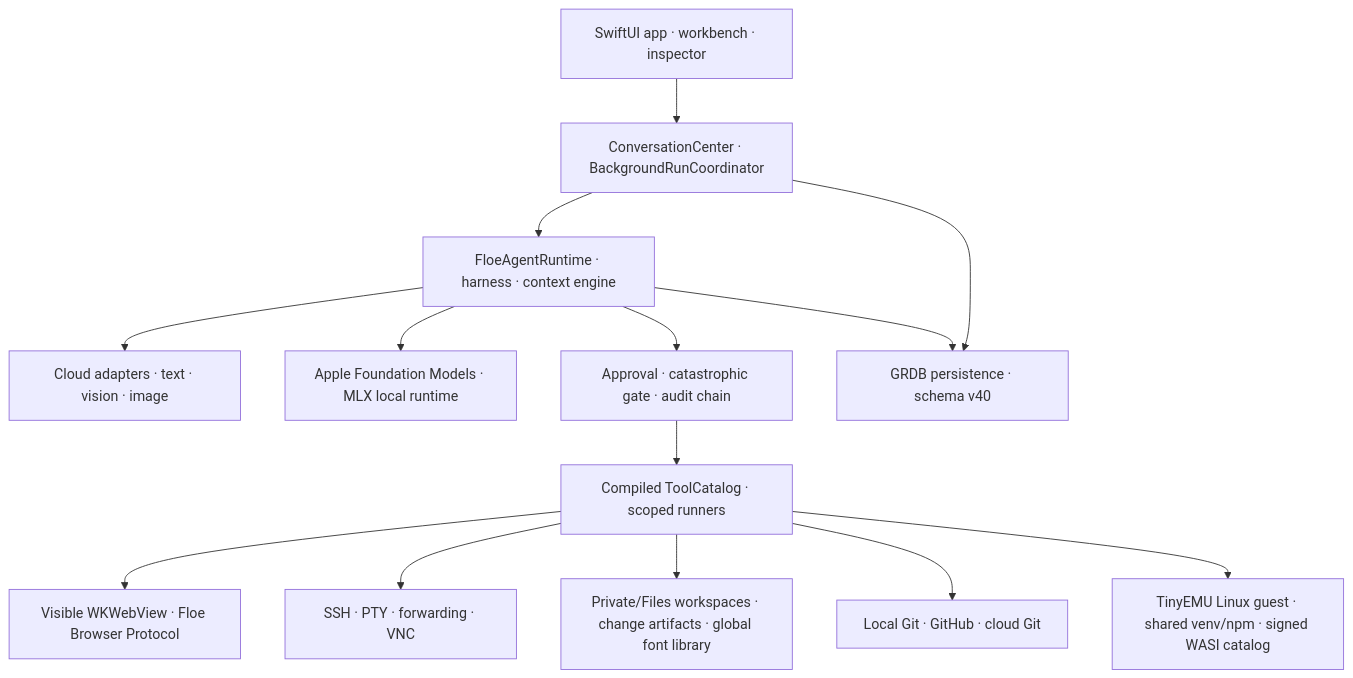
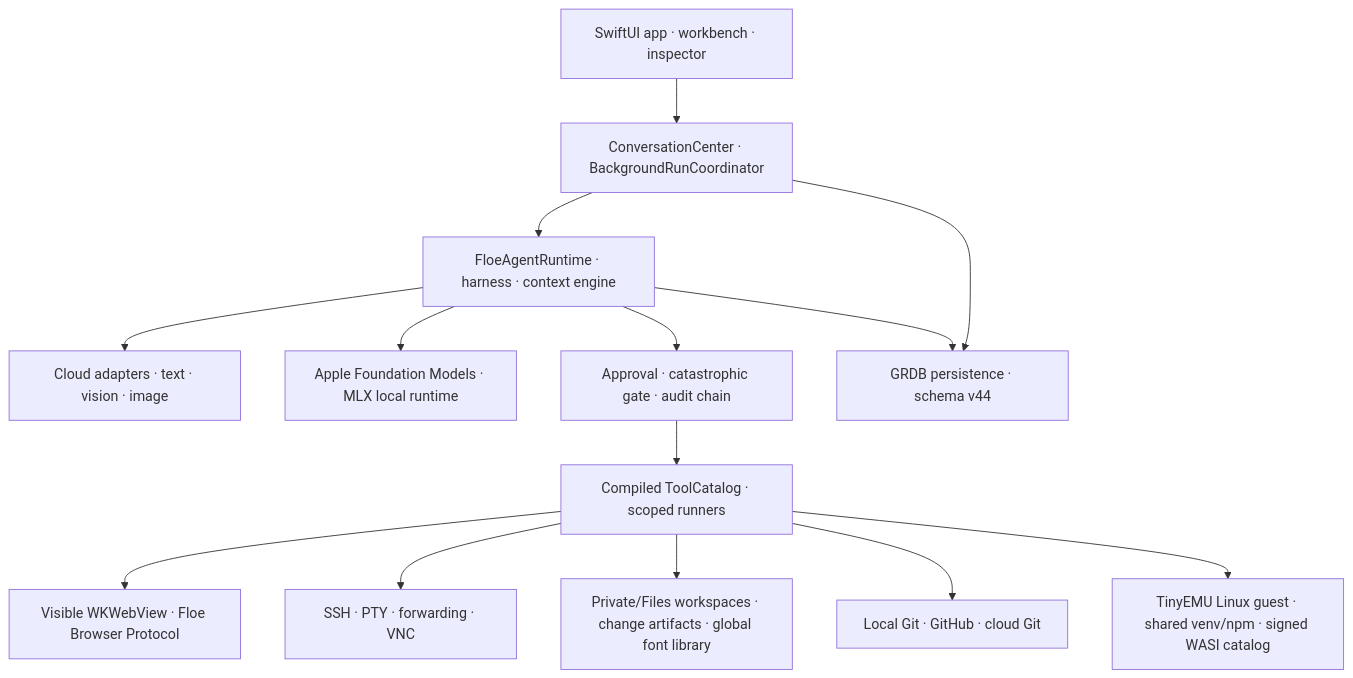
Before and after one commit to JiangNanGenius/floe-agent: the first of 2 diagrams in docs/ARCHITECTURE_OVERVIEW.md, drawn with Mermaid. The commit also changed other lines of this file and 7 other files, not shown here.

````diff
--- a/docs/ARCHITECTURE_OVERVIEW.md
+++ b/docs/ARCHITECTURE_OVERVIEW.md
@@ -28,30 +28,30 @@
 ```mermaid
 flowchart TB
     UI["SwiftUI app · workbench · inspector"]
     CENTER["ConversationCenter · BackgroundRunCoordinator"]
     RUNTIME["FloeAgentRuntime · harness · context engine"]
     PROVIDERS["Cloud adapters · text · vision · image"]
     LOCAL["Apple Foundation Models · MLX local runtime"]
     TOOLS["Compiled ToolCatalog · scoped runners"]
-    PERSIST["GRDB persistence · schema v40"]
+    PERSIST["GRDB persistence · schema v44"]
     SECURITY["Approval · catastrophic gate · audit chain"]
     BROWSER["Visible WKWebView · Floe Browser Protocol"]
     REMOTE["SSH · PTY · forwarding · VNC"]
     FILES["Private/Files workspaces · change artifacts · global font library"]
     GIT["Local Git · GitHub · cloud Git"]
     LINUX["TinyEMU Linux guest · shared venv/npm · signed WASI catalog"]
 
     UI --> CENTER
     CENTER --> RUNTIME
     CENTER --> PERSIST
     RUNTIME --> PROVIDERS
     RUNTIME --> LOCAL
     RUNTIME --> SECURITY
     SECURITY --> TOOLS
     TOOLS --> BROWSER
     TOOLS --> REMOTE
     TOOLS --> FILES
     TOOLS --> GIT
     TOOLS --> LINUX
     RUNTIME --> PERSIST
 ```
````
